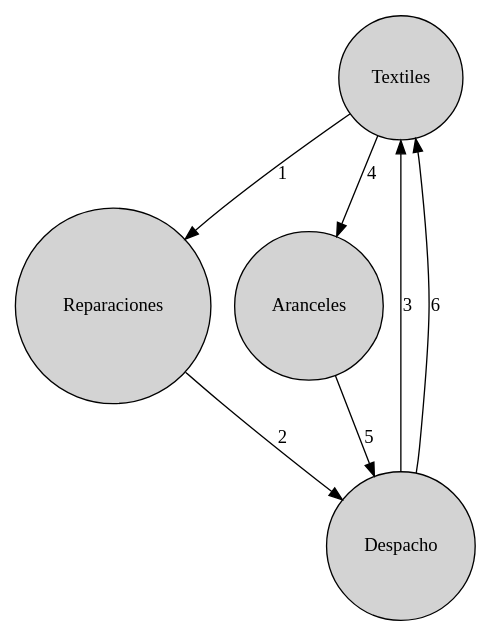
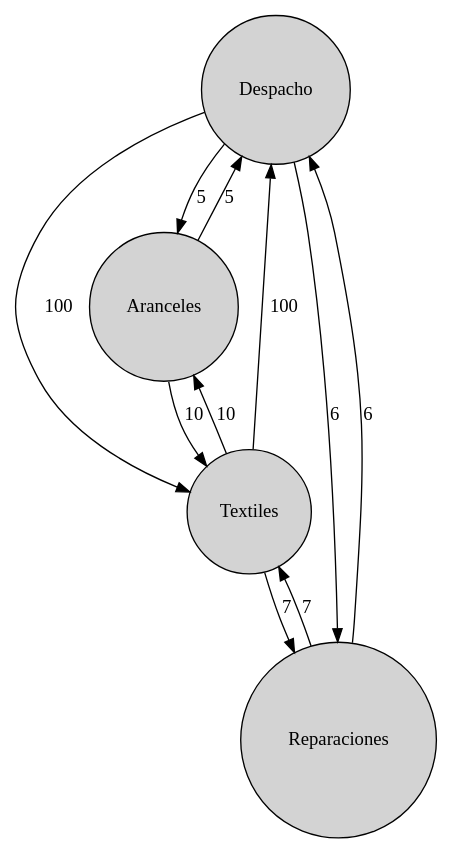
The diagram in Backend/reportesDot/CaminoRobot.dot (Villa01/EDD_VirtualMall_201900907), drawn with Graphviz before and after one commit. The commit also changed 7 other files, not shown here.

```diff
--- a/Backend/reportesDot/CaminoRobot.dot
+++ b/Backend/reportesDot/CaminoRobot.dot
@@ -1,17 +1,18 @@
-digraph grafo { 
-	node[shape="record" style="filled" fillcollor="#58D27A"]
-	Textiles[shape="circle"];
-	Reparaciones[shape="circle"];
-	Despacho[shape="circle"];
-	Textiles[shape="circle"];
-	Aranceles[shape="circle"];
-	Despacho[shape="circle"];
-	Textiles[shape="circle"];
-Textiles ->Reparaciones[label= "1"];
-Reparaciones ->Despacho[label= "2"];
-Despacho ->Textiles[label= "3"];
-Textiles ->Aranceles[label= "4"];
+digraph grafo {
+        node[shape="record" style="filled" fillcollor="#58D27A"]
+        Despacho[shape="circle"];
+        Aranceles[shape="circle"];
+        Textiles[shape="circle"];
+        Reparaciones[shape="circle"];
+Despacho ->Aranceles[label= "5"];
 Aranceles ->Despacho[label= "5"];
-Despacho ->Textiles[label= "6"];
+Despacho ->Reparaciones[label= "6"];
+Reparaciones ->Despacho[label= "6"];
+Despacho ->Textiles[label= "100"];
+Textiles ->Despacho[label= "100"];
+Aranceles ->Textiles[label= "10"];
+Textiles ->Aranceles[label= "10"];
+Textiles ->Reparaciones[label= "7"];
+Reparaciones ->Textiles[label= "7"];
 
 }
```
